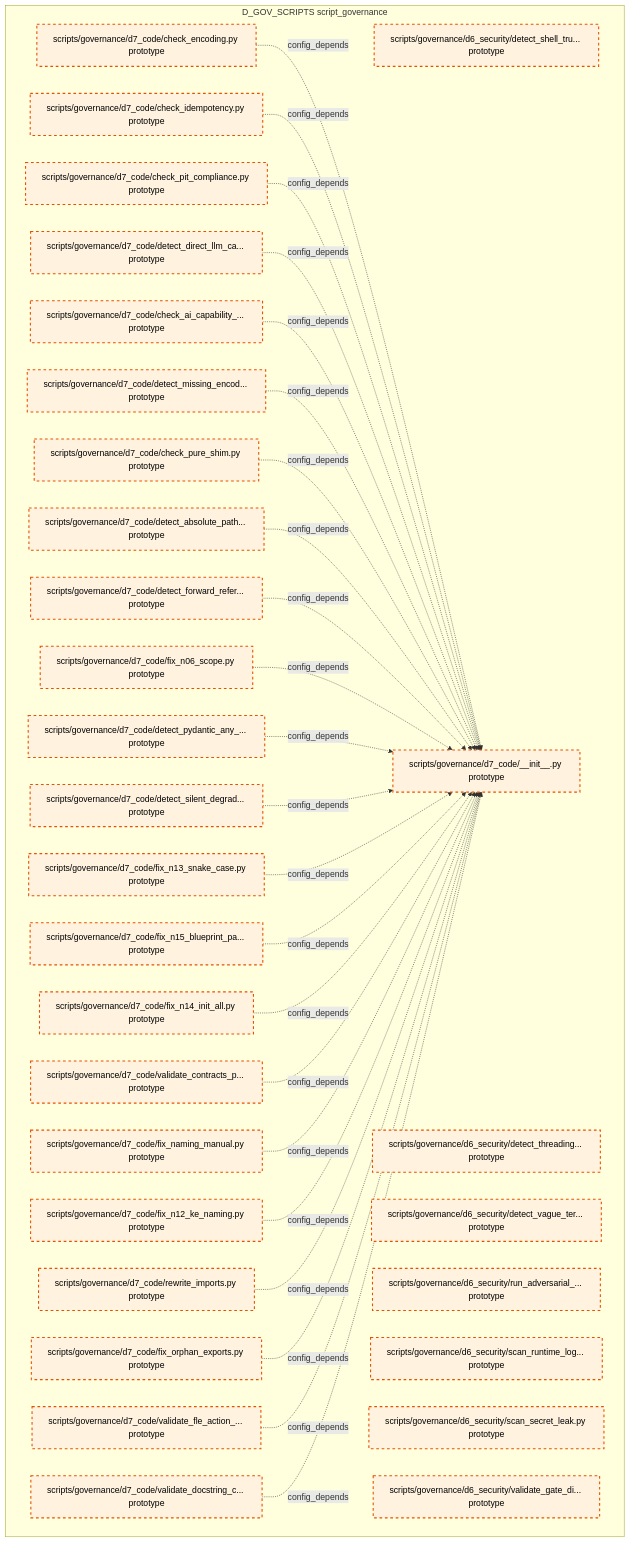
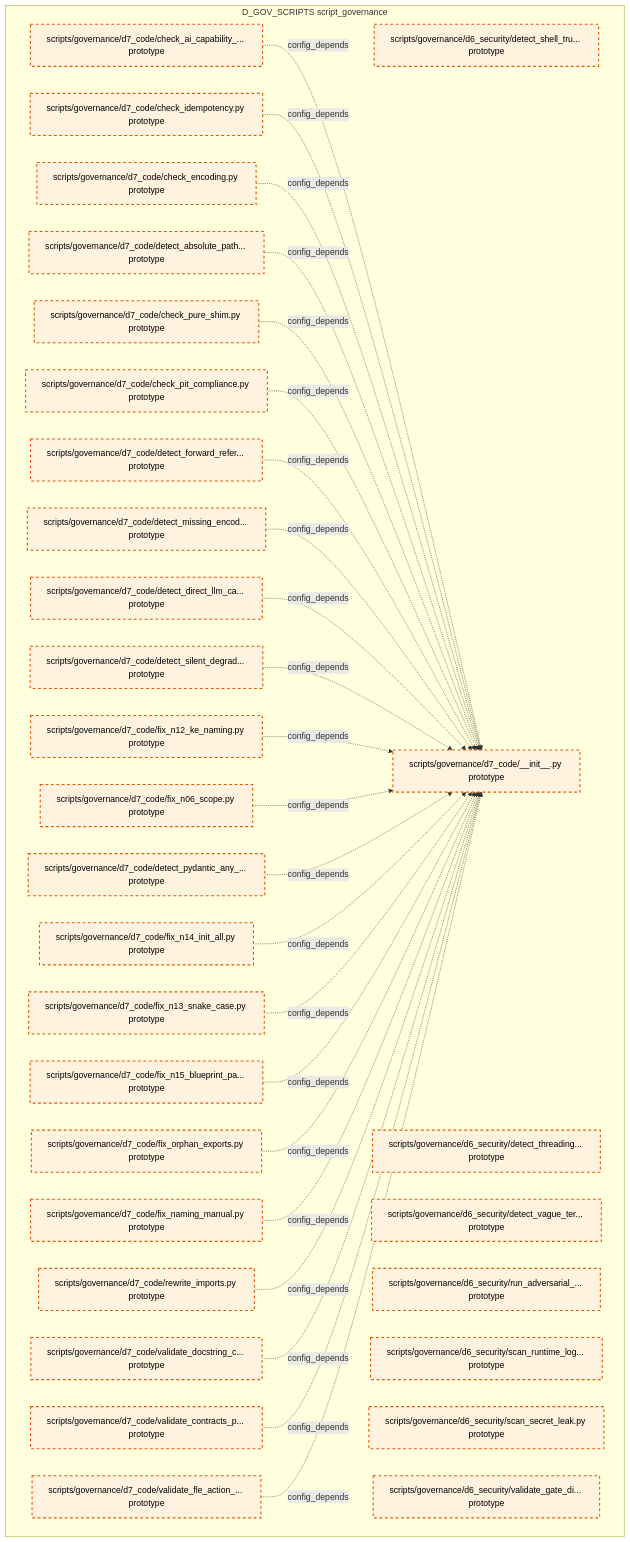
Before and after one commit to xuanFelixVan/ZephyrAlpha: the tenth of 15 diagrams in docs/02_enterprise_architecture/02_domain_architecture_docs/36_d_gov_scripts.md, drawn with Mermaid. The commit also changed other lines of this file and 99 other files, not shown here.

````diff
--- a/docs/02_enterprise_architecture/02_domain_architecture_docs/36_d_gov_scripts.md
+++ b/docs/02_enterprise_architecture/02_domain_architecture_docs/36_d_gov_scripts.md
@@ -690,62 +690,62 @@
 ```mermaid
 graph TD
     subgraph D_GOV_SCRIPTS["D_GOV_SCRIPTS script_governance"]
         scripts_governance_d6_security_detect_shell_true_py["scripts/governance/d6_security/detect_shell_tru... prototype"]
         scripts_governance_d6_security_detect_threading_lock_py["scripts/governance/d6_security/detect_threading... prototype"]
         scripts_governance_d6_security_detect_vague_terms_py["scripts/governance/d6_security/detect_vague_ter... prototype"]
         scripts_governance_d6_security_run_adversarial_checks_py["scripts/governance/d6_security/run_adversarial_... prototype"]
         scripts_governance_d6_security_scan_runtime_log_secrets_py["scripts/governance/d6_security/scan_runtime_log... prototype"]
         scripts_governance_d6_security_scan_secret_leak_py["scripts/governance/d6_security/scan_secret_leak.py prototype"]
         scripts_governance_d6_security_validate_gate_discipline_py["scripts/governance/d6_security/validate_gate_di... prototype"]
         scripts_governance_d7_code_init_py["scripts/governance/d7_code/__init__.py prototype"]
         scripts_governance_d7_code_check_ai_capability_boundary_py["scripts/governance/d7_code/check_ai_capability_... prototype"]
         scripts_governance_d7_code_check_encoding_py["scripts/governance/d7_code/check_encoding.py prototype"]
         scripts_governance_d7_code_check_idempotency_py["scripts/governance/d7_code/check_idempotency.py prototype"]
         scripts_governance_d7_code_check_pit_compliance_py["scripts/governance/d7_code/check_pit_compliance.py prototype"]
         scripts_governance_d7_code_check_pure_shim_py["scripts/governance/d7_code/check_pure_shim.py prototype"]
         scripts_governance_d7_code_detect_absolute_path_hardcoding_py["scripts/governance/d7_code/detect_absolute_path... prototype"]
         scripts_governance_d7_code_detect_direct_llm_calls_py["scripts/governance/d7_code/detect_direct_llm_ca... prototype"]
         scripts_governance_d7_code_detect_forward_reference_py["scripts/governance/d7_code/detect_forward_refer... prototype"]
         scripts_governance_d7_code_detect_missing_encoding_py["scripts/governance/d7_code/detect_missing_encod... prototype"]
         scripts_governance_d7_code_detect_pydantic_any_fields_py["scripts/governance/d7_code/detect_pydantic_any_... prototype"]
         scripts_governance_d7_code_detect_silent_degradation_py["scripts/governance/d7_code/detect_silent_degrad... prototype"]
         scripts_governance_d7_code_fix_n06_scope_py["scripts/governance/d7_code/fix_n06_scope.py prototype"]
         scripts_governance_d7_code_fix_n12_ke_naming_py["scripts/governance/d7_code/fix_n12_ke_naming.py prototype"]
         scripts_governance_d7_code_fix_n13_snake_case_py["scripts/governance/d7_code/fix_n13_snake_case.py prototype"]
         scripts_governance_d7_code_fix_n14_init_all_py["scripts/governance/d7_code/fix_n14_init_all.py prototype"]
         scripts_governance_d7_code_fix_n15_blueprint_path_py["scripts/governance/d7_code/fix_n15_blueprint_pa... prototype"]
         scripts_governance_d7_code_fix_naming_manual_py["scripts/governance/d7_code/fix_naming_manual.py prototype"]
         scripts_governance_d7_code_fix_orphan_exports_py["scripts/governance/d7_code/fix_orphan_exports.py prototype"]
         scripts_governance_d7_code_rewrite_imports_py["scripts/governance/d7_code/rewrite_imports.py prototype"]
         scripts_governance_d7_code_validate_contracts_purity_py["scripts/governance/d7_code/validate_contracts_p... prototype"]
         scripts_governance_d7_code_validate_docstring_coverage_py["scripts/governance/d7_code/validate_docstring_c... prototype"]
         scripts_governance_d7_code_validate_fle_action_metadata_py["scripts/governance/d7_code/validate_fle_action_... prototype"]
     end
+    scripts_governance_d7_code_check_ai_capability_boundary_py -.->|config_depends| scripts_governance_d7_code_init_py
+    scripts_governance_d7_code_check_idempotency_py -.->|config_depends| scripts_governance_d7_code_init_py
     scripts_governance_d7_code_check_encoding_py -.->|config_depends| scripts_governance_d7_code_init_py
-    scripts_governance_d7_code_check_idempotency_py -.->|config_depends| scripts_governance_d7_code_init_py
+    scripts_governance_d7_code_detect_absolute_path_hardcoding_py -.->|config_depends| scripts_governance_d7_code_init_py
+    scripts_governance_d7_code_check_pure_shim_py -.->|config_depends| scripts_governance_d7_code_init_py
     scripts_governance_d7_code_check_pit_compliance_py -.->|config_depends| scripts_governance_d7_code_init_py
+    scripts_governance_d7_code_detect_forward_reference_py -.->|config_depends| scripts_governance_d7_code_init_py
+    scripts_governance_d7_code_detect_missing_encoding_py -.->|config_depends| scripts_governance_d7_code_init_py
     scripts_governance_d7_code_detect_direct_llm_calls_py -.->|config_depends| scripts_governance_d7_code_init_py
-    scripts_governance_d7_code_check_ai_capability_boundary_py -.->|config_depends| scripts_governance_d7_code_init_py
-    scripts_governance_d7_code_detect_missing_encoding_py -.->|config_depends| scripts_governance_d7_code_init_py
-    scripts_governance_d7_code_check_pure_shim_py -.->|config_depends| scripts_governance_d7_code_init_py
-    scripts_governance_d7_code_detect_absolute_path_hardcoding_py -.->|config_depends| scripts_governance_d7_code_init_py
-    scripts_governance_d7_code_detect_forward_reference_py -.->|config_depends| scripts_governance_d7_code_init_py
+    scripts_governance_d7_code_detect_silent_degradation_py -.->|config_depends| scripts_governance_d7_code_init_py
+    scripts_governance_d7_code_fix_n12_ke_naming_py -.->|config_depends| scripts_governance_d7_code_init_py
     scripts_governance_d7_code_fix_n06_scope_py -.->|config_depends| scripts_governance_d7_code_init_py
     scripts_governance_d7_code_detect_pydantic_any_fields_py -.->|config_depends| scripts_governance_d7_code_init_py
-    scripts_governance_d7_code_detect_silent_degradation_py -.->|config_depends| scripts_governance_d7_code_init_py
+    scripts_governance_d7_code_fix_n14_init_all_py -.->|config_depends| scripts_governance_d7_code_init_py
     scripts_governance_d7_code_fix_n13_snake_case_py -.->|config_depends| scripts_governance_d7_code_init_py
     scripts_governance_d7_code_fix_n15_blueprint_path_py -.->|config_depends| scripts_governance_d7_code_init_py
-    scripts_governance_d7_code_fix_n14_init_all_py -.->|config_depends| scripts_governance_d7_code_init_py
+    scripts_governance_d7_code_fix_orphan_exports_py -.->|config_depends| scripts_governance_d7_code_init_py
+    scripts_governance_d7_code_fix_naming_manual_py -.->|config_depends| scripts_governance_d7_code_init_py
+    scripts_governance_d7_code_rewrite_imports_py -.->|config_depends| scripts_governance_d7_code_init_py
+    scripts_governance_d7_code_validate_docstring_coverage_py -.->|config_depends| scripts_governance_d7_code_init_py
     scripts_governance_d7_code_validate_contracts_purity_py -.->|config_depends| scripts_governance_d7_code_init_py
-    scripts_governance_d7_code_fix_naming_manual_py -.->|config_depends| scripts_governance_d7_code_init_py
-    scripts_governance_d7_code_fix_n12_ke_naming_py -.->|config_depends| scripts_governance_d7_code_init_py
-    scripts_governance_d7_code_rewrite_imports_py -.->|config_depends| scripts_governance_d7_code_init_py
-    scripts_governance_d7_code_fix_orphan_exports_py -.->|config_depends| scripts_governance_d7_code_init_py
     scripts_governance_d7_code_validate_fle_action_metadata_py -.->|config_depends| scripts_governance_d7_code_init_py
-    scripts_governance_d7_code_validate_docstring_coverage_py -.->|config_depends| scripts_governance_d7_code_init_py
     classDef production fill:#e1f5fe,stroke:#01579b,stroke-width:2px,color:#000
     classDef design fill:#fff3e0,stroke:#e65100,stroke-width:2px,color:#000,stroke-dasharray: 5 5
     classDef external_prod fill:#e8f5e9,stroke:#1b5e20,stroke-width:1px,color:#000
     classDef external_design fill:#fce4ec,stroke:#880e4f,stroke-width:1px,color:#000,stroke-dasharray: 5 5
     class scripts_governance_d6_security_detect_shell_true_py,scripts_governance_d6_security_detect_threading_lock_py,scripts_governance_d6_security_detect_vague_terms_py,scripts_governance_d6_security_run_adversarial_checks_py,scripts_governance_d6_security_scan_runtime_log_secrets_py,scripts_governance_d6_security_scan_secret_leak_py,scripts_governance_d6_security_validate_gate_discipline_py,scripts_governance_d7_code_init_py,scripts_governance_d7_code_check_ai_capability_boundary_py,scripts_governance_d7_code_check_encoding_py,scripts_governance_d7_code_check_idempotency_py,scripts_governance_d7_code_check_pit_compliance_py,scripts_governance_d7_code_check_pure_shim_py,scripts_governance_d7_code_detect_absolute_path_hardcoding_py,scripts_governance_d7_code_detect_direct_llm_calls_py,scripts_governance_d7_code_detect_forward_reference_py,scripts_governance_d7_code_detect_missing_encoding_py,scripts_governance_d7_code_detect_pydantic_any_fields_py,scripts_governance_d7_code_detect_silent_degradation_py,scripts_governance_d7_code_fix_n06_scope_py,scripts_governance_d7_code_fix_n12_ke_naming_py,scripts_governance_d7_code_fix_n13_snake_case_py,scripts_governance_d7_code_fix_n14_init_all_py,scripts_governance_d7_code_fix_n15_blueprint_path_py,scripts_governance_d7_code_fix_naming_manual_py,scripts_governance_d7_code_fix_orphan_exports_py,scripts_governance_d7_code_rewrite_imports_py,scripts_governance_d7_code_validate_contracts_purity_py,scripts_governance_d7_code_validate_docstring_coverage_py,scripts_governance_d7_code_validate_fle_action_metadata_py design
 ```
````
